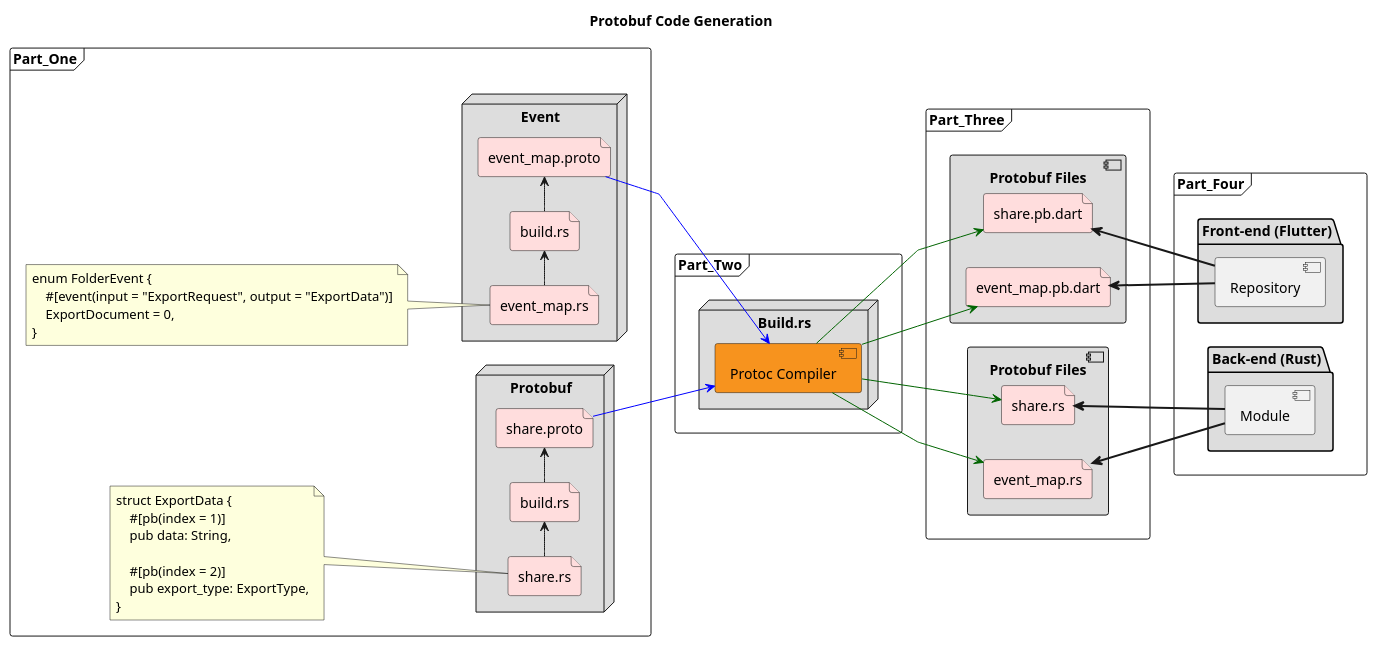
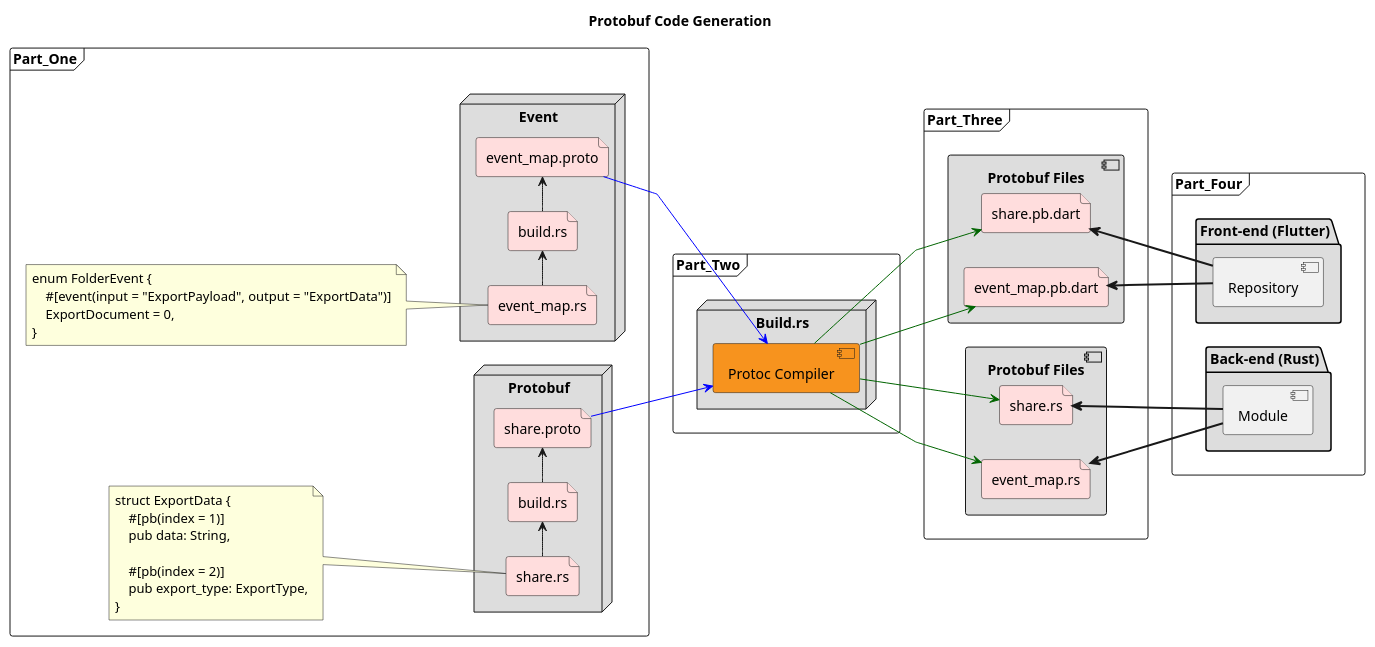
The second of 3 diagrams in uml/dart_flowy_sdk/event_map.plantuml (AppFlowy-IO/AppFlowy-Docs), drawn with PlantUML before and after one commit. The commit also changed other lines of this file and 1 other file, not shown here.

Commit message:
chore: udpate diagram of protobuf

```diff
--- a/uml/dart_flowy_sdk/event_map.plantuml
+++ b/uml/dart_flowy_sdk/event_map.plantuml
@@ -24,83 +24,83 @@
 @startuml FlowySDK
 title Protobuf Code Generation
 left to right direction
 skinparam linetype polyline
 'skinparam monochrome reverse
 
 frame Part_One {
     node "Event" #DDDDDD {
         file EventSource as "event_map.rs" #FFDDDD
         file EventCodeGen as "build.rs" #FFDDDD
         file EventDefine as "event_map.proto" #FFDDDD
     }
     note left of EventSource
     enum FolderEvent {
-        #[event(input = "ExportRequest", output = "ExportData")]
+        #[event(input = "ExportPayload", output = "ExportData")]
         ExportDocument = 0,
     }
     end note
 
     node "Protobuf" #DDDDDD {
         file PBSource as "share.rs" #FFDDDD
         file PBCodeGen as "build.rs" #FFDDDD
         file PBDefine as "share.proto" #FFDDDD
     }
     note left of PBSource
     struct ExportData {
         #[pb(index = 1)]
         pub data: String,
 
         #[pb(index = 2)]
         pub export_type: ExportType,
     }
     end note
 
     EventSource -> EventCodeGen
         EventCodeGen -> EventDefine
         PBSource -> PBCodeGen
         PBCodeGen -> PBDefine
 }
 
 frame Part_Two {
     node "Build.rs" #DDDDDD {
         component Builder as "Protoc Compiler" #F7931E
     }
 }
 
 
 frame Part_Three {
     component Protobuf_Files_Dart as "Protobuf Files" #DDDDDD {
         file dart_event as "event_map.pb.dart" #FFDDDD
         file dart_pb as "share.pb.dart" #FFDDDD
     }
 
     component Protobuf_Files_Rust as "Protobuf Files" #DDDDDD {
         file rust_event as "event_map.rs" #FFDDDD
         file rust_pb as "share.rs" #FFDDDD
     }
 }
 
 frame Part_Four {
     package "Front-end (Flutter)" #DDDDDD {
         component Repository
     }
 
     package "Back-end (Rust)" #DDDDDD {
         component Module
     }
 }
 
 EventDefine -[#blue]-> Builder
 PBDefine -[#blue]-> Builder
 
 Builder -[#DarkGreen]-> dart_event
 Builder -[#DarkGreen]-> dart_pb
 Builder -[#DarkGreen]-> rust_event
 Builder -[#DarkGreen]-> rust_pb
 
 Repository -[bold]up-> dart_event
 Repository -[bold]up-> dart_pb
 
 Module -[bold]up-> rust_event
 Module -[bold]up-> rust_pb
 @enduml
```
